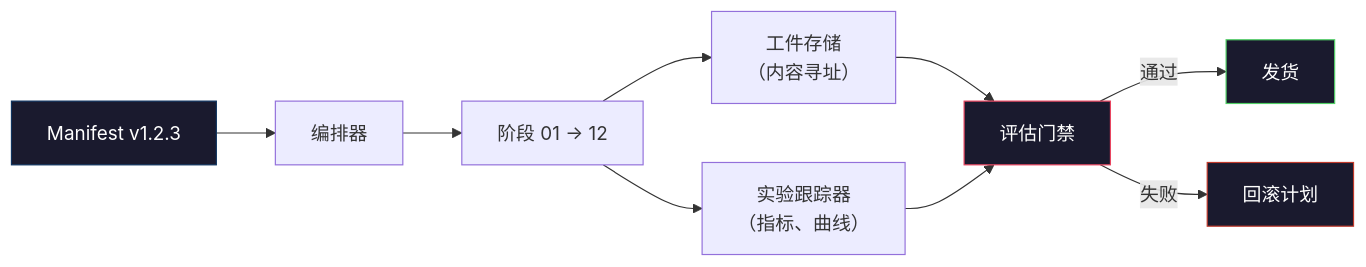
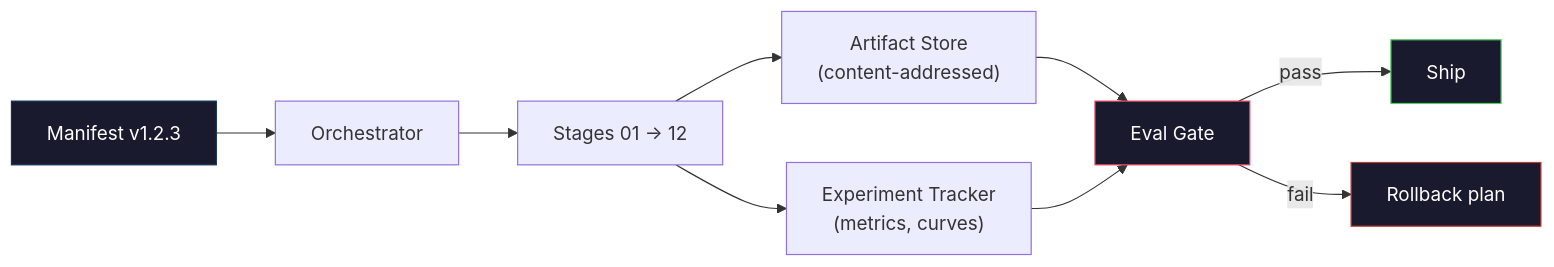
The second of 2 diagrams in i18n/zh/phases/10-llms-from-scratch/13-building-complete-llm-pipeline/docs/zh.md (xiaojiaenen/ai-engineering-from-scratch-zh), drawn with Mermaid before and after one commit. The commit also changed other lines of this file and 24 other files, not shown here.

````diff
--- a/i18n/zh/phases/10-llms-from-scratch/13-building-complete-llm-pipeline/docs/zh.md
+++ b/i18n/zh/phases/10-llms-from-scratch/13-building-complete-llm-pipeline/docs/zh.md
@@ -155,16 +155,16 @@
 ```mermaid
 graph LR
-    M["Manifest v1.2.3"] --> O["编排器"]
-    O --> S["阶段 01 → 12"]
-    S --> AS["工件存储\n（内容寻址）"]
-    S --> ET["实验跟踪器\n（指标、曲线）"]
-    AS --> GATE["评估门禁"]
+    M["Manifest v1.2.3"] --> O["Orchestrator"]
+    O --> S["Stages 01 → 12"]
+    S --> AS["Artifact Store\n(content-addressed)"]
+    S --> ET["Experiment Tracker\n(metrics, curves)"]
+    AS --> GATE["Eval Gate"]
     ET --> GATE
-    GATE -->|通过| SHIP["发货"]
-    GATE -->|失败| ROLL["回滚计划"]
+    GATE -->|pass| SHIP["Ship"]
+    GATE -->|fail| ROLL["Rollback plan"]
 
     style M fill:#1a1a2e,stroke:#0f3460,color:#fff
     style GATE fill:#1a1a2e,stroke:#e94560,color:#fff
     style SHIP fill:#1a1a2e,stroke:#51cf66,color:#fff
     style ROLL fill:#1a1a2e,stroke:#c0392b,color:#fff
 ```
````
